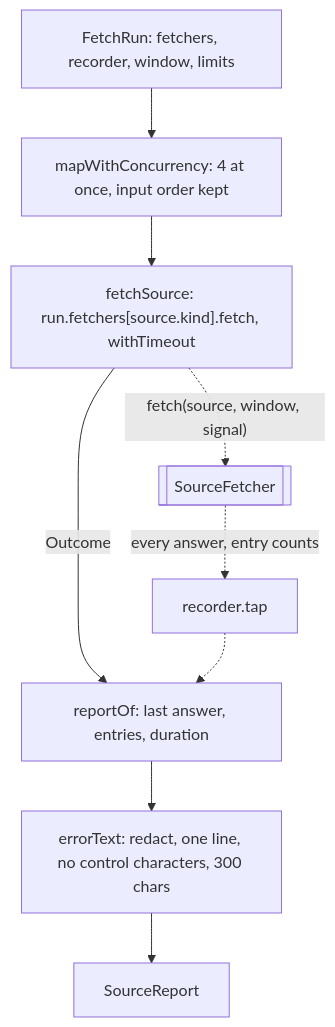
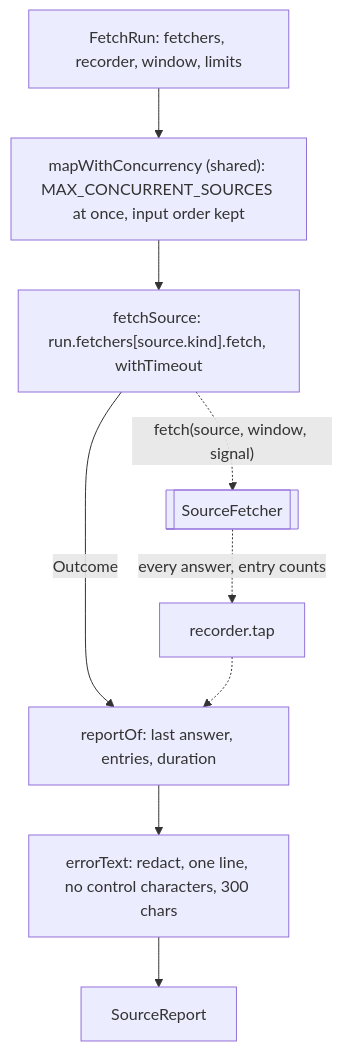
One commit to odere-pro/weekly-engineering-digest-agent changed the diagram in src/cli/fetch/sourceRun/CLAUDE.md. Above: the diagram before and after it, drawn with Mermaid. The commit also changed other lines of this file and 112 other files, not shown here.

````diff
--- a/src/cli/fetch/sourceRun/CLAUDE.md
+++ b/src/cli/fetch/sourceRun/CLAUDE.md
@@ -9,10 +9,10 @@
 ```mermaid
 flowchart TD
-  run["FetchRun: fetchers, recorder, window, limits"] --> pool["mapWithConcurrency: 4 at once, input order kept"]
+  run["FetchRun: fetchers, recorder, window, limits"] --> pool["mapWithConcurrency (shared): MAX_CONCURRENT_SOURCES at once, input order kept"]
   pool --> one["fetchSource: run.fetchers[source.kind].fetch, withTimeout"]
   one -.->|"fetch(source, window, signal)"| port[[SourceFetcher]]
   port -.->|"every answer, entry counts"| rec["recorder.tap"]
   one -->|"Outcome"| rep["reportOf: last answer, entries, duration"]
   rec -.-> rep
   rep --> err["errorText: redact, one line, no control characters, 300 chars"] --> out[SourceReport]
 ```
````
